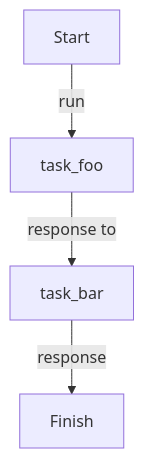
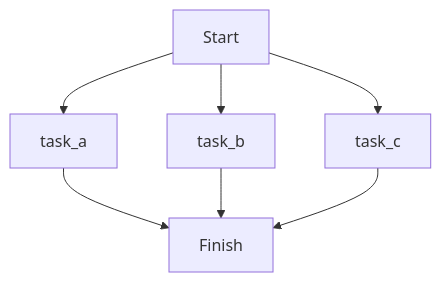
Before and after one commit to dotflow-io/dotflow: the second of 3 diagrams in README.md, drawn with Mermaid. The commit also changed other lines of this file, not shown here.

````diff
--- a/README.md
+++ b/README.md
@@ -249,7 +146,5 @@
 ```mermaid
 flowchart TD
-A[Start] -->|run| B
-B[task_foo] -->|response to| C
-C[task_bar] -->|response| D
-D[Finish]
+    S[Start] --> A[task_a] & B[task_b] & C[task_c]
+    A & B & C --> F[Finish]
 ```
````
